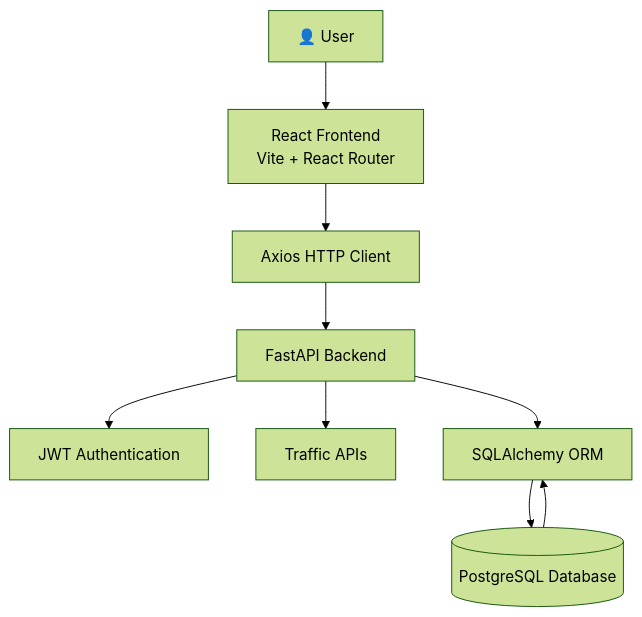
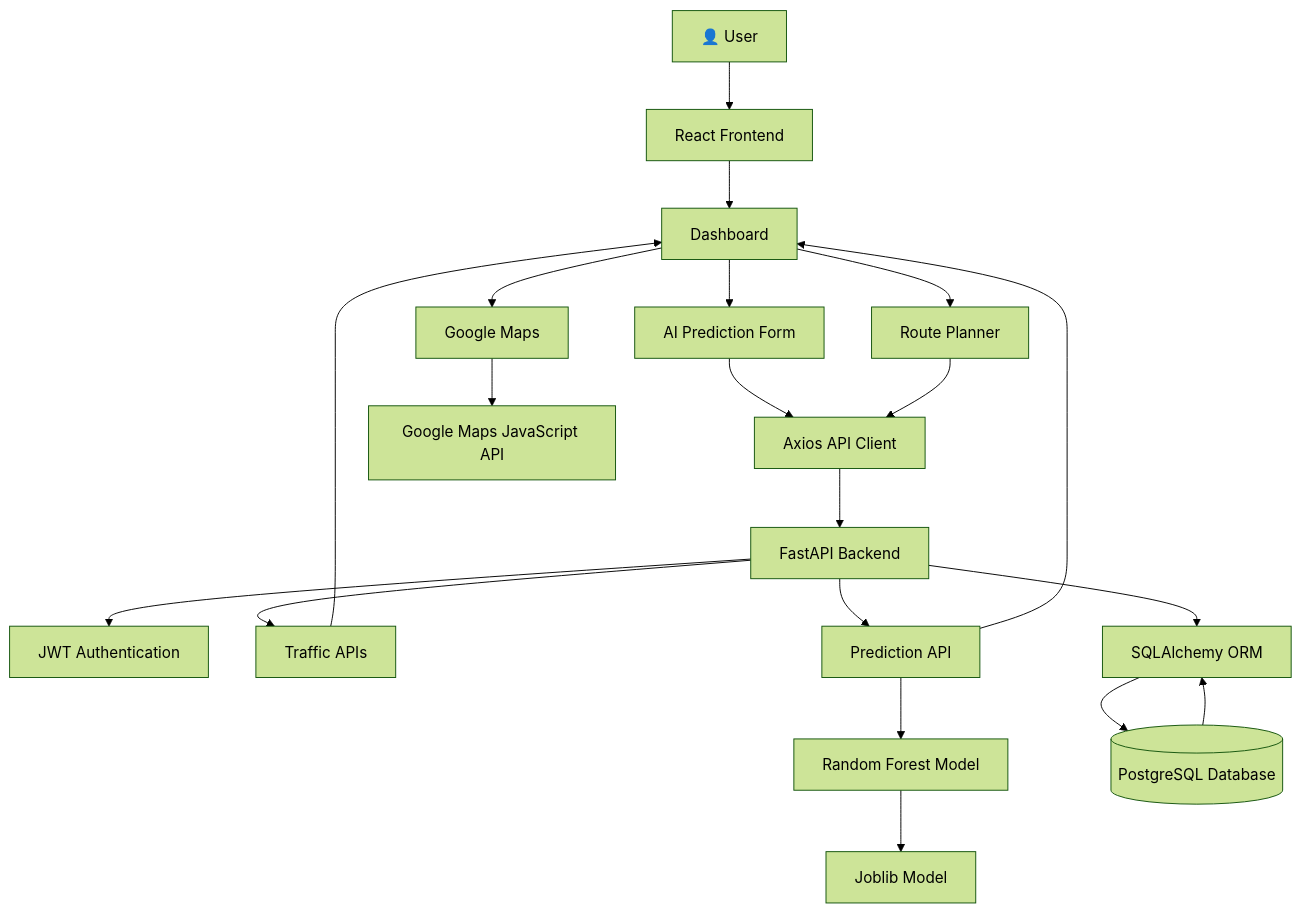
One commit to springboardmentor620-ai/trafficvision-ai-smart-traffic-prediction changed the diagram in README.md. Above: the diagram before and after it, drawn with Mermaid (forest theme). The commit also changed other lines of this file and 19 other files, not shown here.

Commit message:
Implement AI traffic prediction dashboard, interactive traffic mapping, route planning, route recommendation, Google Maps visualization, and README updates

````diff
--- a/README.md
+++ b/README.md
@@ -201,21 +288,35 @@
 ```mermaid
 flowchart TD
 
     A[👤 User]
 
-    A --> B[React Frontend<br/>Vite + React Router]
+    A --> B[React Frontend]
 
-    B --> C[Axios HTTP Client]
+    B --> C[Dashboard]
 
-    C --> D[FastAPI Backend]
+    C --> D[AI Prediction Form]
+    C --> E[Google Maps]
+    C --> F[Route Planner]
 
-    D --> E[JWT Authentication]
+    D --> G[Axios API Client]
+    F --> G
 
-    D --> F[Traffic APIs]
+    G --> H[FastAPI Backend]
 
-    D --> G[SQLAlchemy ORM]
+    H --> I[JWT Authentication]
+    H --> J[Traffic APIs]
+    H --> K[Prediction API]
 
-    G --> H[(PostgreSQL Database)]
+    K --> L[Random Forest Model]
+    L --> M[Joblib Model]
 
-    H --> G
+    H --> N[SQLAlchemy ORM]
+    N --> O[(PostgreSQL Database)]
+
+    O --> N
+
+    E --> P[Google Maps JavaScript API]
+
+    K --> C
+    J --> C
 ```
````
